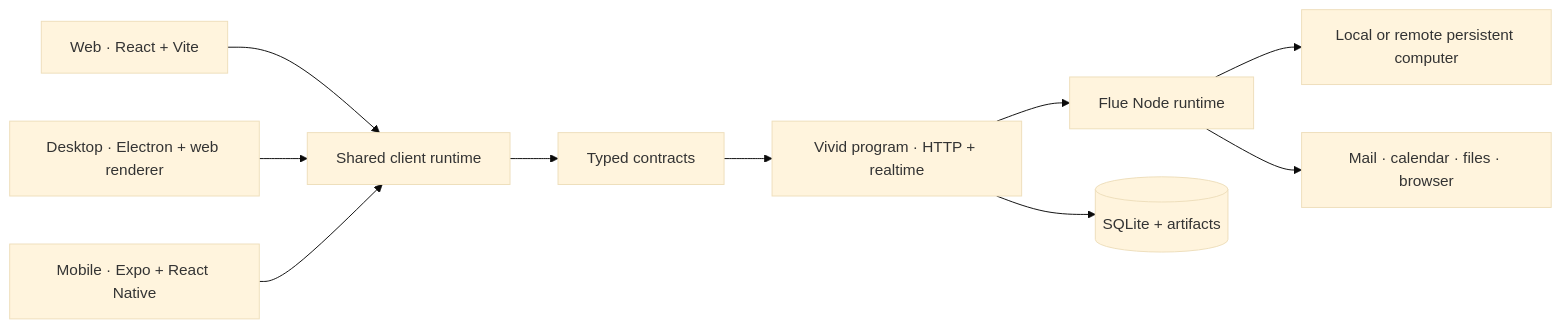
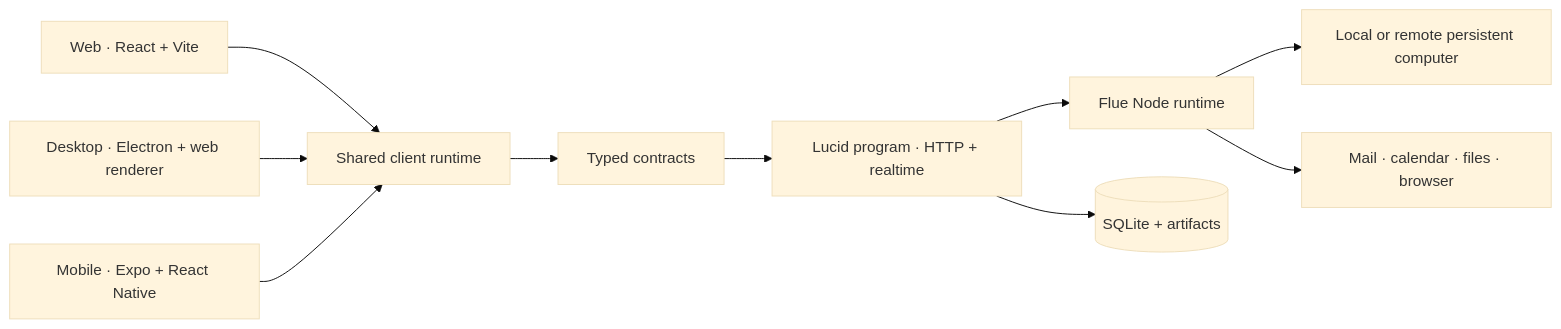
Before and after one commit to Konan69/lucid: the diagram in docs/09-platform-architecture.md, drawn with Mermaid (base theme). The commit also changed other lines of this file and 70 other files, not shown here.

First line of the commit message:
docs: call the product Lucid, add architecture and infrastructure with diagrams (#265)

````diff
--- a/docs/09-platform-architecture.md
+++ b/docs/09-platform-architecture.md
@@ -30,12 +30,12 @@
 ```mermaid
 flowchart LR
   Web[Web · React + Vite] --> Runtime[Shared client runtime]
   Desktop[Desktop · Electron + web renderer] --> Runtime
   Mobile[Mobile · Expo + React Native] --> Runtime
   Runtime --> Contracts[Typed contracts]
-  Contracts --> Program[Vivid program · HTTP + realtime]
+  Contracts --> Program[Lucid program · HTTP + realtime]
   Program --> Agent[Flue Node runtime]
   Agent --> Computer[Local or remote persistent computer]
   Agent --> Connectors[Mail · calendar · files · browser]
   Program --> Store[(SQLite + artifacts)]
 ```
````
